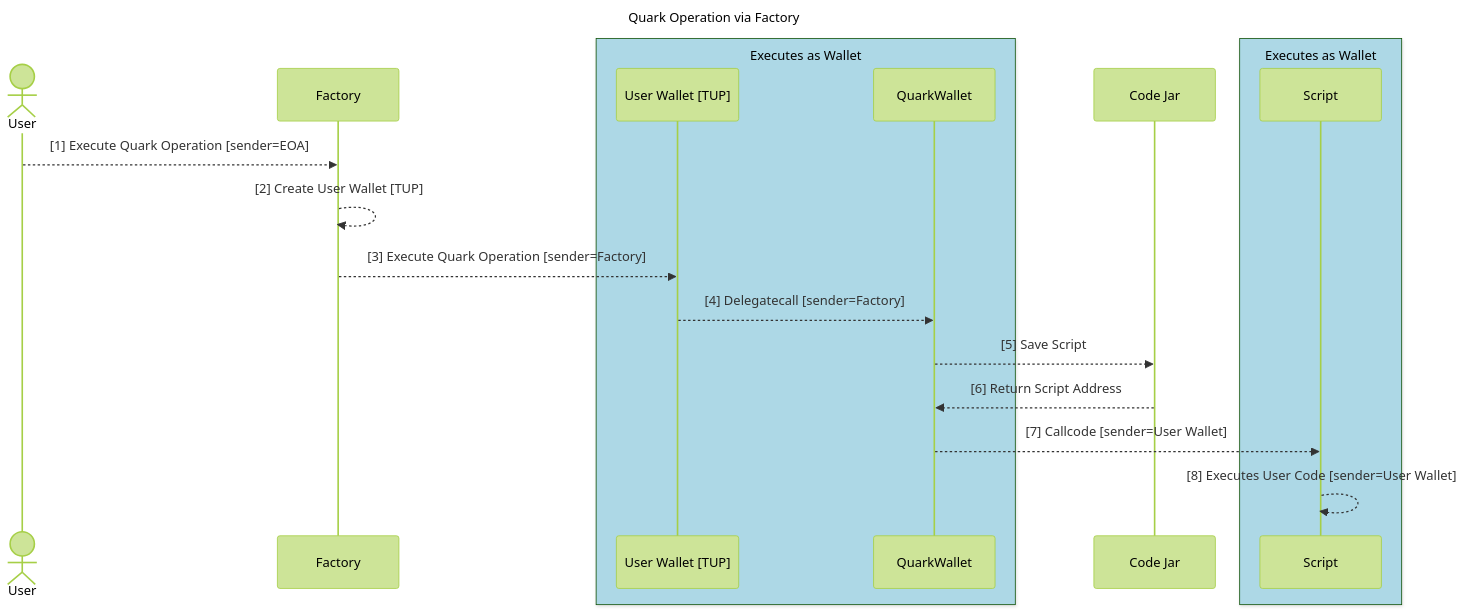
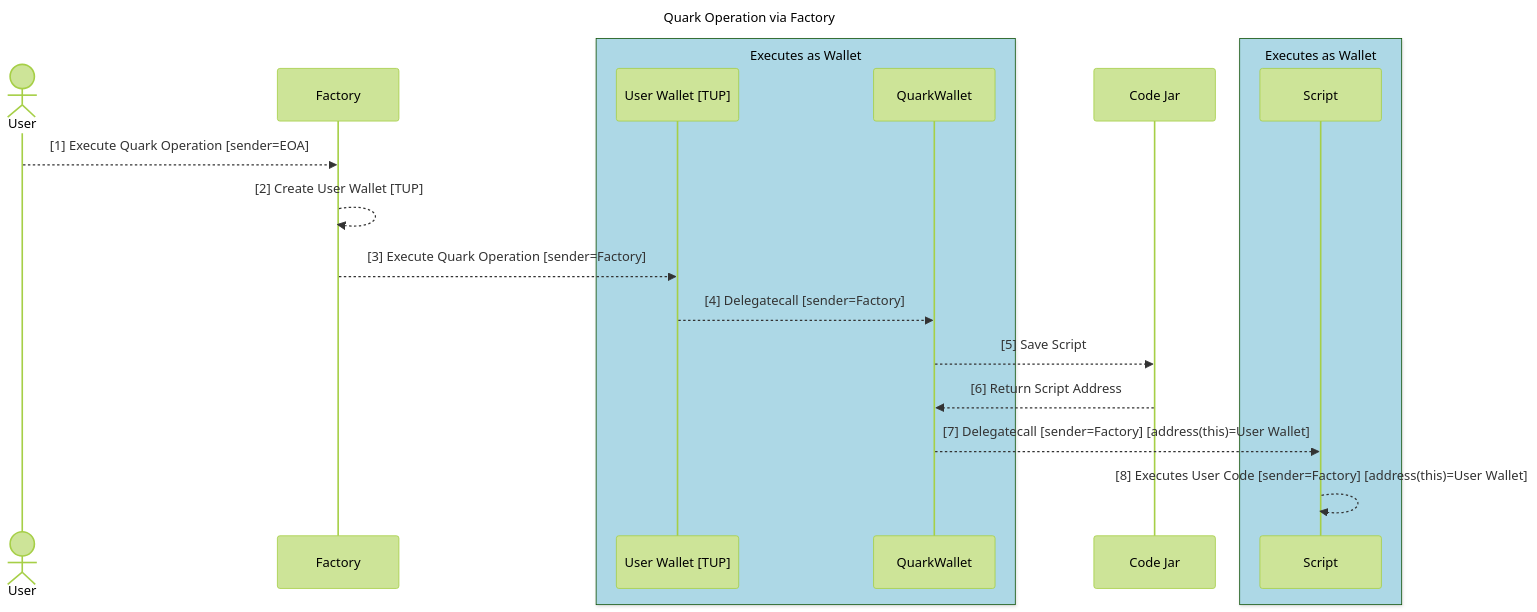
Before and after one commit to compound-finance/quark: the first of 5 diagrams in diagrams/diagrams.md, drawn with Mermaid. The commit also changed other lines of this file and 11 other files, not shown here.

First line of the commit message:
Switch from `callcode` to `delegatecall` (#222)

````diff
--- a/diagrams/diagrams.md
+++ b/diagrams/diagrams.md
@@ -3,24 +3,24 @@
 ```mermaid
 sequenceDiagram title: Quark Operation via Factory
     %%{init: {'theme': 'forest' } }%%
     actor User
     participant F as Factory
 
     box lightblue Executes as Wallet
     participant UW as User Wallet [TUP]
     participant QW as QuarkWallet
     end
     participant CJ as Code Jar
     box lightblue Executes as Wallet
     participant S as Script
     end
 
     User -->> F: [1] Execute Quark Operation [sender=EOA]
     F -->> F: [2] Create User Wallet [TUP]
     F -->> UW: [3] Execute Quark Operation [sender=Factory]
     UW -->> QW: [4] Delegatecall [sender=Factory]
     QW -->> CJ: [5] Save Script
     CJ -->> QW: [6] Return Script Address
-    QW -->> S: [7] Callcode [sender=User Wallet]
-    S -->> S: [8] Executes User Code [sender=User Wallet]
+    QW -->> S: [7] Delegatecall [sender=Factory] [address(this)=User Wallet]
+    S -->> S: [8] Executes User Code [sender=Factory] [address(this)=User Wallet]
 ```
````
